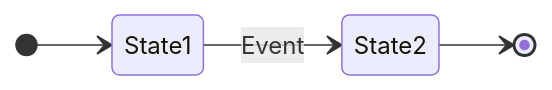
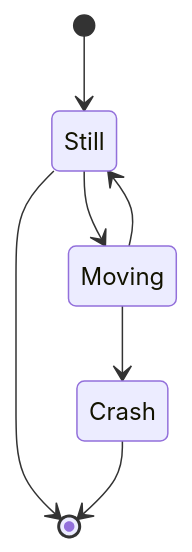
Before and after one commit to teachingai/full-stack-skills: diagram 15 of 19 in skills/mermaid/examples/state.md, drawn with Mermaid. The commit also changed other lines of this file and 21 other files, not shown here.

First line of the commit message:
docs(mermaid): 更新架构、块、C4和类图示例文档

````diff
--- a/skills/mermaid/examples/state.md
+++ b/skills/mermaid/examples/state.md
@@ -154,7 +242,10 @@
 ```mermaid
 stateDiagram-v2
-    direction LR
-    [*] --> State1
-    State1 --> State2 : Event
-    State2 --> [*]
+    [*] --> Still
+    Still --> [*]
+%% this is a comment
+    Still --> Moving
+    Moving --> Still %% another comment
+    Moving --> Crash
+    Crash --> [*]
 ```
````
